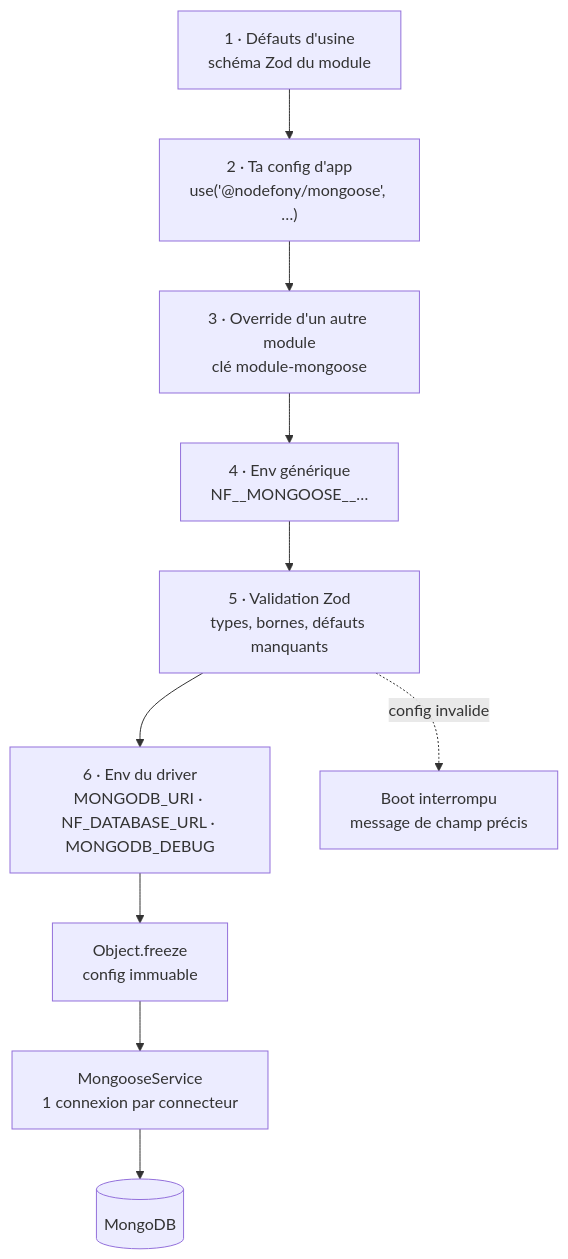
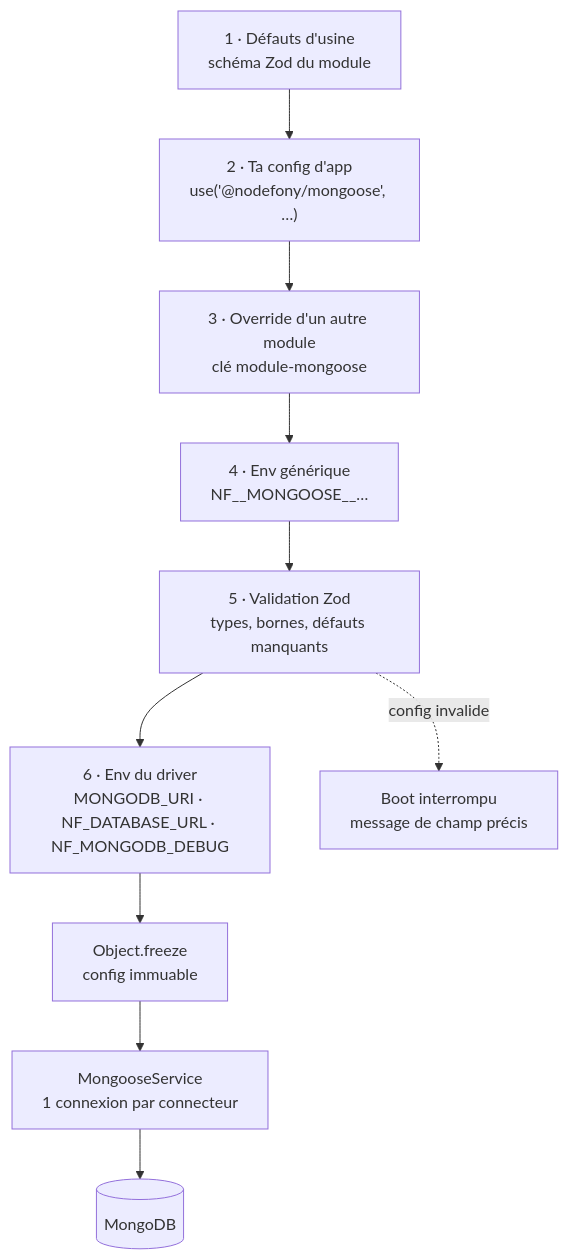
One commit to nodefony/nodefony-core changed the diagram in src/packages/@nodefony/mongoose/docs/configuration.md. Above: the diagram before and after it, drawn with Mermaid. The commit also changed other lines of this file and 90 other files, not shown here.

````diff
--- a/src/packages/@nodefony/mongoose/docs/configuration.md
+++ b/src/packages/@nodefony/mongoose/docs/configuration.md
@@ -43,13 +43,13 @@
 ```mermaid
 flowchart TD
   D["1 · Défauts d'usine<br/>schéma Zod du module"] --> U["2 · Ta config d'app<br/>use('@nodefony/mongoose', …)"]
   U --> O["3 · Override d'un autre module<br/>clé module-mongoose"]
   O --> E["4 · Env générique<br/>NF__MONGOOSE__…"]
   E --> Z["5 · Validation Zod<br/>types, bornes, défauts manquants"]
-  Z --> V["6 · Env du driver<br/>MONGODB_URI · NF_DATABASE_URL · MONGODB_DEBUG"]
+  Z --> V["6 · Env du driver<br/>MONGODB_URI · NF_DATABASE_URL · NF_MONGODB_DEBUG"]
   V --> F["Object.freeze<br/>config immuable"]
   F --> S["MongooseService<br/>1 connexion par connecteur"]
   S --> DB[("MongoDB")]
 
   Z -. config invalide .-> KO["Boot interrompu<br/>message de champ précis"]
 ```
````
